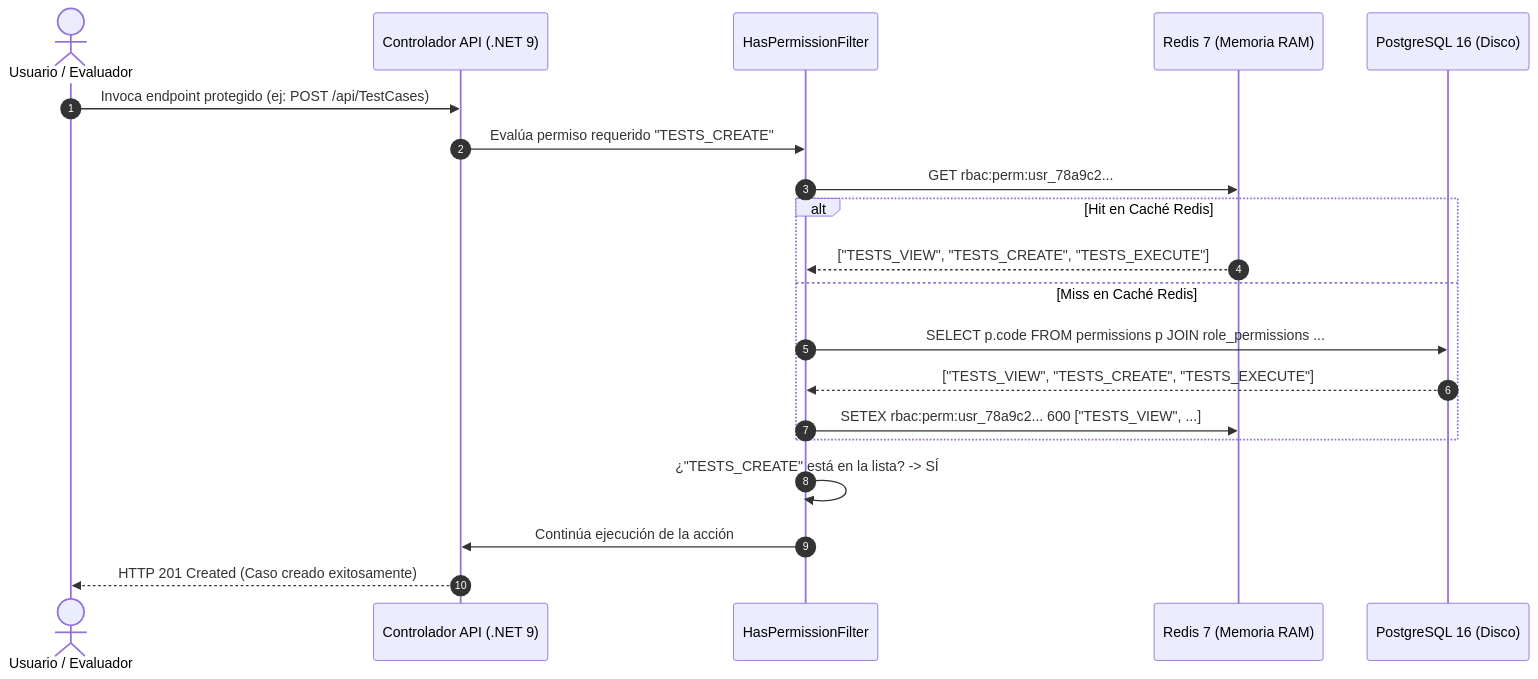
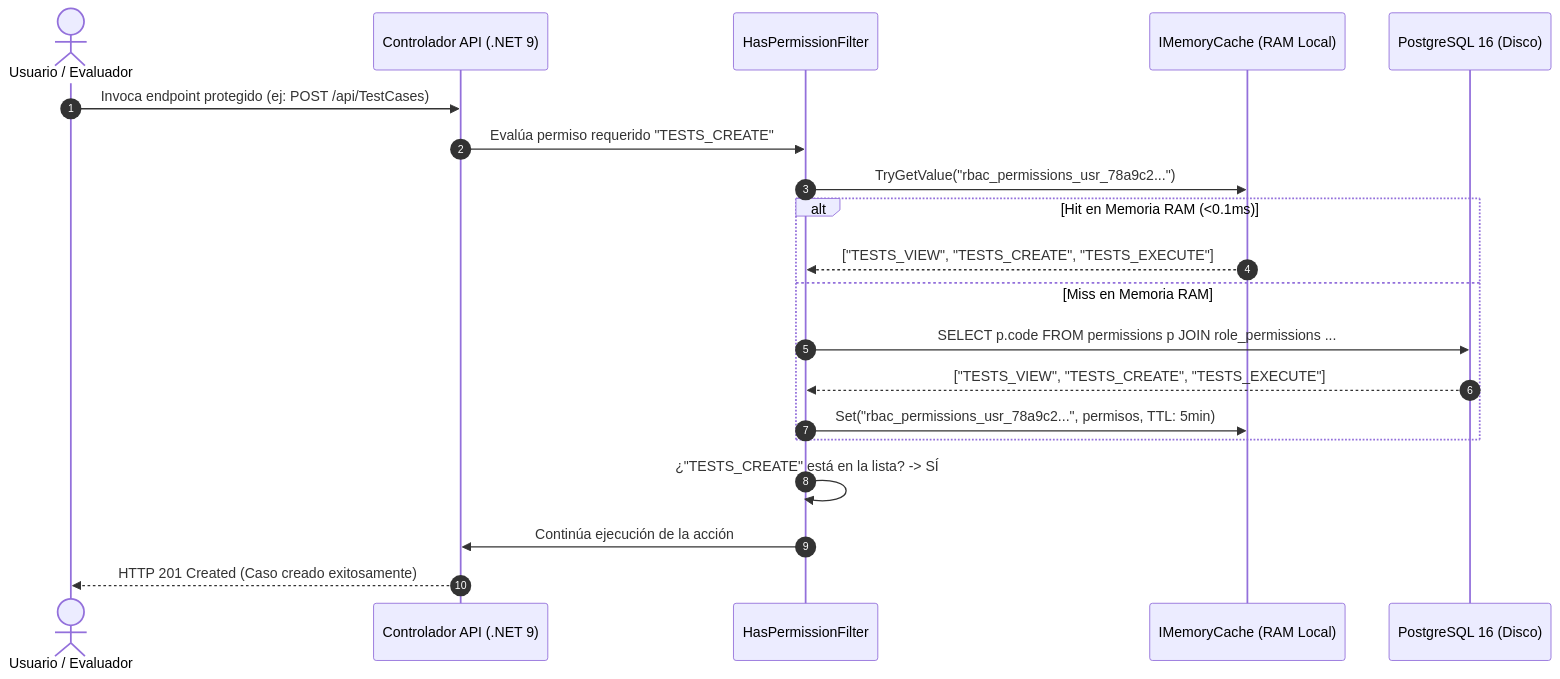
Before and after one commit to SecretWars007/QAMS_BACKEND: the fifth of 5 diagrams in README.md, drawn with Mermaid. The commit also changed other lines of this file and 1 other file, not shown here.

Commit message:
docs(readme): documentar arquitectura con IMemoryCache de alta velocidad y simplificar docker-compose

````diff
--- a/README.md
+++ b/README.md
@@ -411,23 +395,23 @@
 ```mermaid
 sequenceDiagram
     autonumber
     actor Tester as Usuario / Evaluador
     participant API as Controlador API (.NET 9)
     participant Filter as HasPermissionFilter
-    participant Redis as Redis 7 (Memoria RAM)
+    participant Cache as IMemoryCache (RAM Local)
     participant DB as PostgreSQL 16 (Disco)
 
     Tester->>API: Invoca endpoint protegido (ej: POST /api/TestCases)
     API->>Filter: Evalúa permiso requerido "TESTS_CREATE"
-    Filter->>Redis: GET rbac:perm:usr_78a9c2...
-    alt Hit en Caché Redis
-        Redis-->>Filter: ["TESTS_VIEW", "TESTS_CREATE", "TESTS_EXECUTE"]
-    else Miss en Caché Redis
+    Filter->>Cache: TryGetValue("rbac_permissions_usr_78a9c2...")
+    alt Hit en Memoria RAM (<0.1ms)
+        Cache-->>Filter: ["TESTS_VIEW", "TESTS_CREATE", "TESTS_EXECUTE"]
+    else Miss en Memoria RAM
         Filter->>DB: SELECT p.code FROM permissions p JOIN role_permissions ...
         DB-->>Filter: ["TESTS_VIEW", "TESTS_CREATE", "TESTS_EXECUTE"]
-        Filter->>Redis: SETEX rbac:perm:usr_78a9c2... 600 ["TESTS_VIEW", ...]
+        Filter->>Cache: Set("rbac_permissions_usr_78a9c2...", permisos, TTL: 5min)
     end
     Filter->>Filter: ¿"TESTS_CREATE" está en la lista? -> SÍ
     Filter->>API: Continúa ejecución de la acción
     API-->>Tester: HTTP 201 Created (Caso creado exitosamente)
 ```
````
